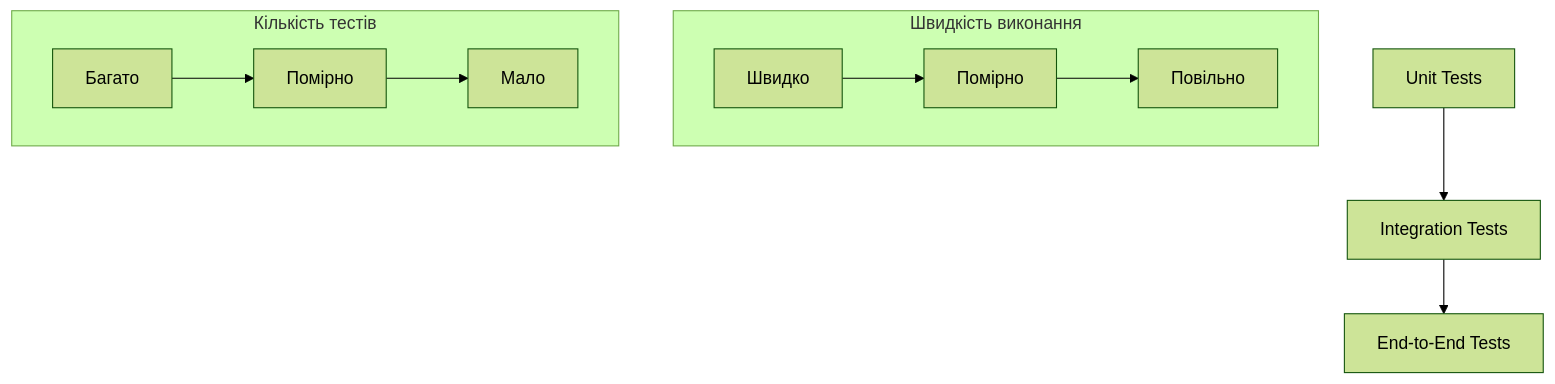
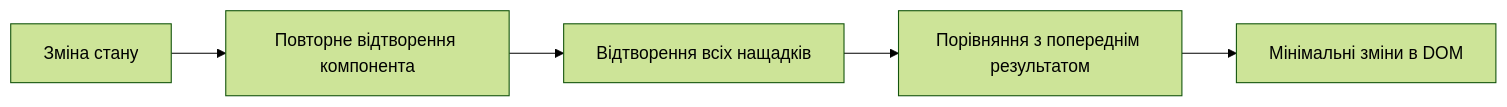
One commit to olroi421/course-web changed the fourth of 4 diagrams in lectures/lecture-08.md. Above: the diagram before and after it, drawn with Mermaid (forest theme). The commit also changed other lines of this file and 4 other files, not shown here.

````diff
--- a/lectures/lecture-08.md
+++ b/lectures/lecture-08.md
@@ -13,13 +2126,7 @@
 ```mermaid
-graph TD
-    A[Unit Tests] --> B[Integration Tests]
-    B --> C[End-to-End Tests]
-
-    subgraph "Швидкість виконання"
-        D[Швидко] --> E[Помірно] --> F[Повільно]
-    end
-
-    subgraph "Кількість тестів"
-        G[Багато] --> H[Помірно] --> I[Мало]
-    end
+graph LR
+    A[Зміна стану] --> B[Повторне відтворення компонента]
+    B --> C[Відтворення всіх нащадків]
+    C --> D[Порівняння з попереднім результатом]
+    D --> E[Мінімальні зміни в DOM]
 ```
````
